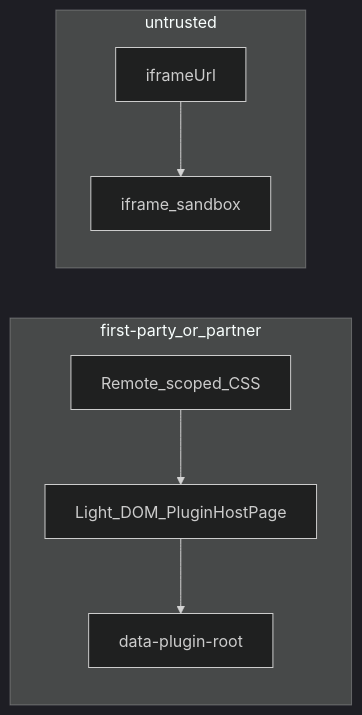
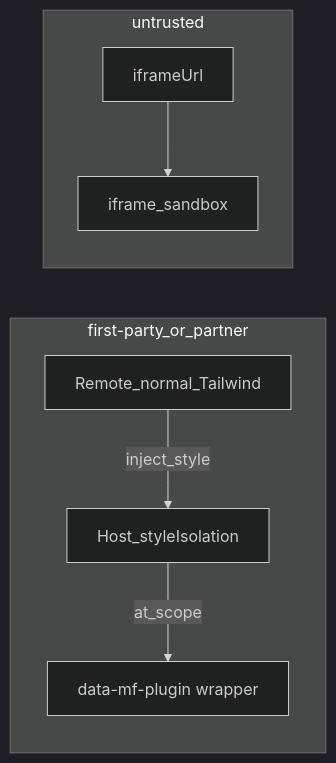
One commit to dnhyxc/dnhyxc-ai changed the diagram in docs/ideas/mf-css-isolation.md. Above: the diagram before and after it, drawn with Mermaid (dark theme). The commit also changed other lines of this file and 23 other files, not shown here.

````diff
--- a/docs/ideas/mf-css-isolation.md
+++ b/docs/ideas/mf-css-isolation.md
@@ -33,10 +19,10 @@
 ```mermaid
 flowchart LR
   subgraph partner [first-party_or_partner]
-    A[Remote_scoped_CSS] --> B[Light_DOM_PluginHostPage]
-    B --> C[data-plugin-root]
+    A[Remote_normal_Tailwind] -->|inject_style| B[Host_styleIsolation]
+    B -->|at_scope| C["data-mf-plugin wrapper"]
   end
   subgraph badActor [untrusted]
     D[iframeUrl] --> E[iframe_sandbox]
   end
 ```
````
